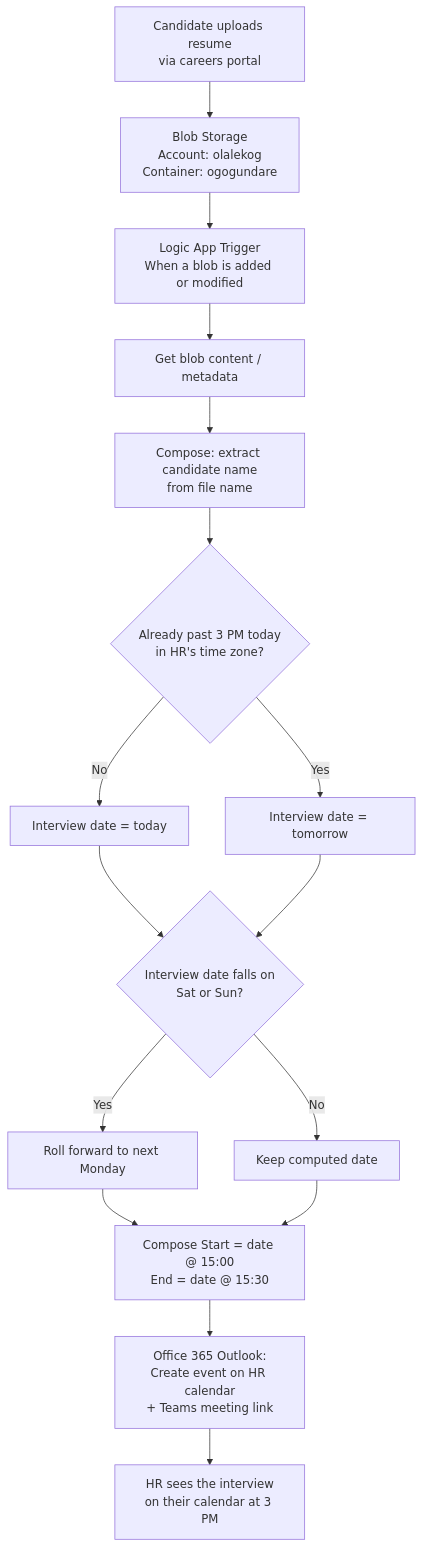
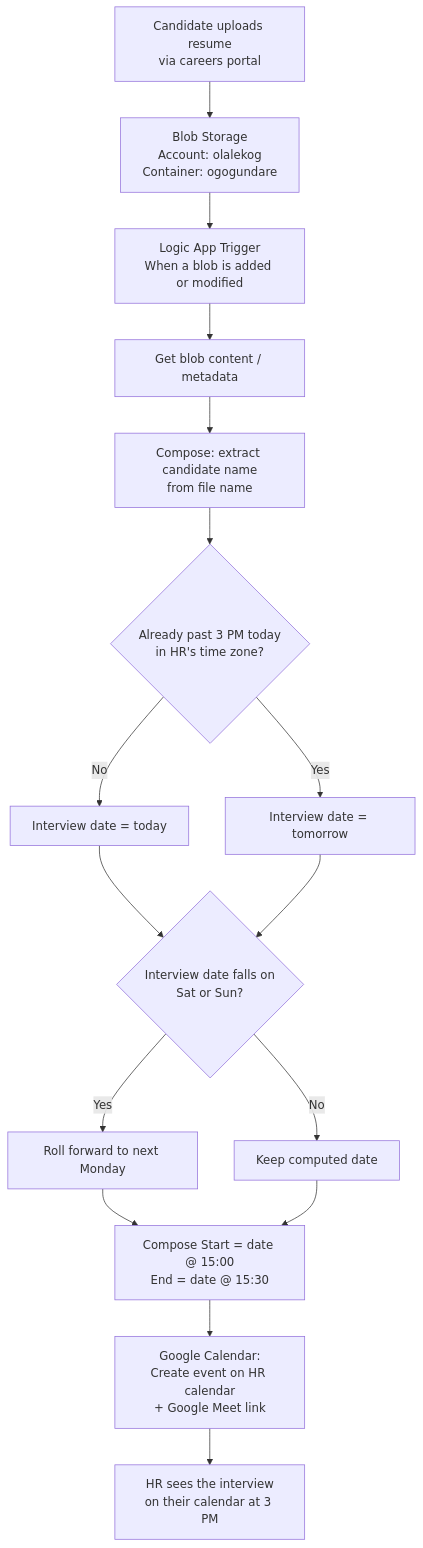
The first of 2 diagrams in Azure/logic-app-resume-interview-scheduler.md (Olalekog/learning), drawn with Mermaid before and after one commit. The commit also changed other lines of this file, not shown here.

````diff
--- a/Azure/logic-app-resume-interview-scheduler.md
+++ b/Azure/logic-app-resume-interview-scheduler.md
@@ -41,29 +53,29 @@
 ```mermaid
 flowchart TD
     A[Candidate uploads resume
 via careers portal] --> B[Blob Storage
 Account: olalekog
 Container: ogogundare]
     B --> C[Logic App Trigger
 When a blob is added or modified]
     C --> D[Get blob content / metadata]
     D --> E[Compose: extract candidate name
 from file name]
     E --> F{Already past 3 PM today
 in HR's time zone?}
     F -->|No| G[Interview date = today]
     F -->|Yes| H[Interview date = tomorrow]
     G --> I{Interview date falls on
 Sat or Sun?}
     H --> I
     I -->|Yes| J[Roll forward to next Monday]
     I -->|No| K[Keep computed date]
     J --> L[Compose Start = date @ 15:00
 End = date @ 15:30]
     K --> L
-    L --> M[Office 365 Outlook:
+    L --> M[Google Calendar:
 Create event on HR calendar
-+ Teams meeting link]
++ Google Meet link]
     M --> N[HR sees the interview
 on their calendar at 3 PM]
 ```
````
